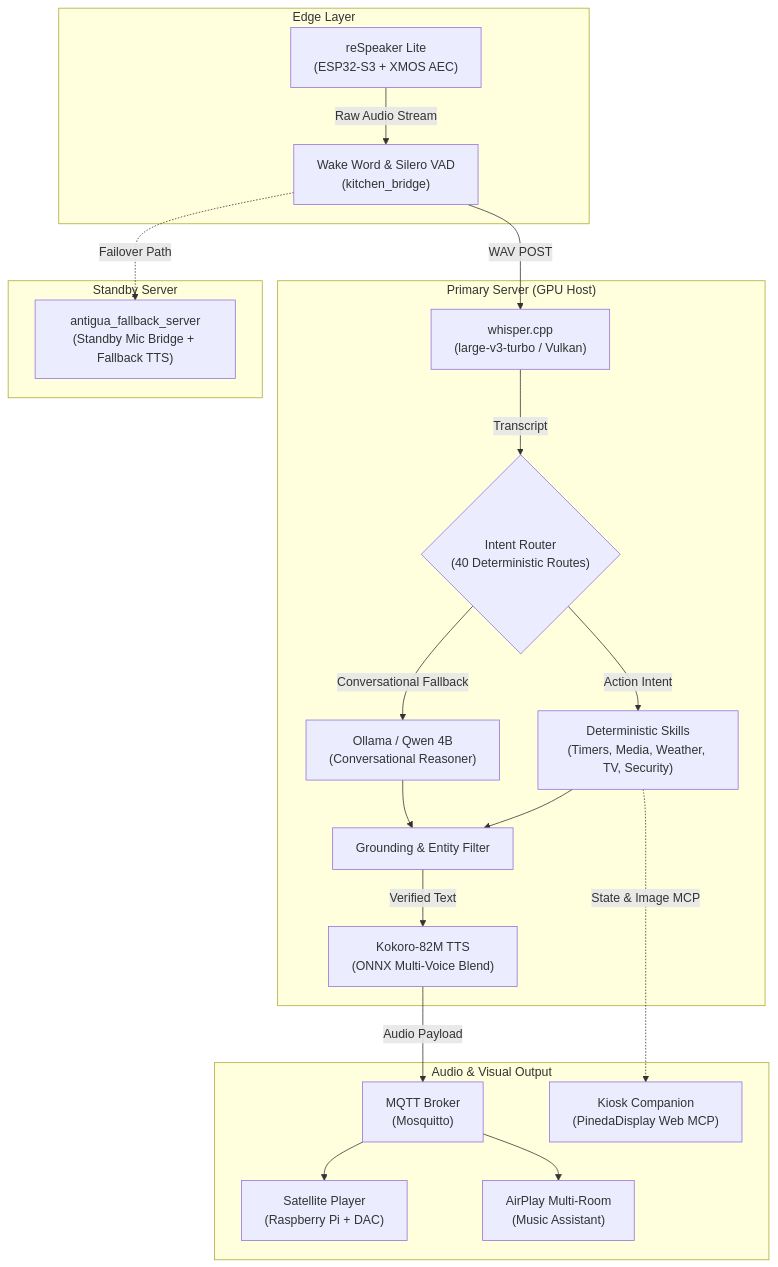
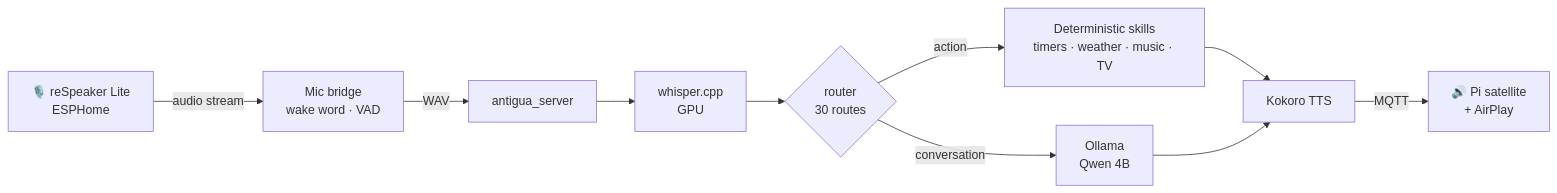
Before and after one commit to flavanoids/antigua-assistant: the diagram in README.md, drawn with Mermaid. The commit also changed other lines of this file and 88 other files, not shown here.

````diff
--- a/README.md
+++ b/README.md
@@ -28,42 +44,12 @@
 ```mermaid
-flowchart TD
-    subgraph Edge ["Edge Layer"]
-        MIC["reSpeaker Lite<br/>(ESP32-S3 + XMOS AEC)"]
-        VAD["Wake Word & Silero VAD<br/>(kitchen_bridge)"]
-        MIC -->|Raw Audio Stream| VAD
-    end
-
-    subgraph Primary ["Primary Server (GPU Host)"]
-        STT["whisper.cpp<br/>(large-v3-turbo / Vulkan)"]
-        ROUTER{"Intent Router<br/>(40 Deterministic Routes)"}
-        SKILLS["Deterministic Skills<br/>(Timers, Media, Weather, TV, Security)"]
-        LLM["Ollama / Qwen 4B<br/>(Conversational Reasoner)"]
-        GROUND["Grounding & Entity Filter"]
-        TTS["Kokoro-82M TTS<br/>(ONNX Multi-Voice Blend)"]
-
-        VAD -->|WAV POST| STT
-        STT -->|Transcript| ROUTER
-        ROUTER -->|Action Intent| SKILLS
-        ROUTER -->|Conversational Fallback| LLM
-        SKILLS --> GROUND
-        LLM --> GROUND
-        GROUND -->|Verified Text| TTS
-    end
-
-    subgraph Standby ["Standby Server"]
-        BACKUP["antigua_fallback_server<br/>(Standby Mic Bridge + Fallback TTS)"]
-        VAD -.->|Failover Path| BACKUP
-    end
-
-    subgraph Distribution ["Audio & Visual Output"]
-        MQTT["MQTT Broker<br/>(Mosquitto)"]
-        SAT["Satellite Player<br/>(Raspberry Pi + DAC)"]
-        AIRPLAY["AirPlay Multi-Room<br/>(Music Assistant)"]
-        DISPLAY["Kiosk Companion<br/>(PinedaDisplay Web MCP)"]
-
-        TTS -->|Audio Payload| MQTT
-        MQTT --> SAT
-        MQTT --> AIRPLAY
-        SKILLS -.->|State & Image MCP| DISPLAY
-    end
+flowchart LR
+  mic["🎙️ reSpeaker Lite<br/>ESPHome"] -->|audio stream| bridge["Mic bridge<br/>wake word · VAD"]
+  bridge -->|WAV| server["antigua_server"]
+  server --> stt["whisper.cpp<br/>GPU"]
+  stt --> route{"router<br/>30 routes"}
+  route -->|action| skills["Deterministic skills<br/>timers · weather · music · TV"]
+  route -->|conversation| llm["Ollama<br/>Qwen 4B"]
+  skills --> tts["Kokoro TTS"]
+  llm --> tts
+  tts -->|MQTT| sat["🔊 Pi satellite<br/>+ AirPlay"]
 ```
````
